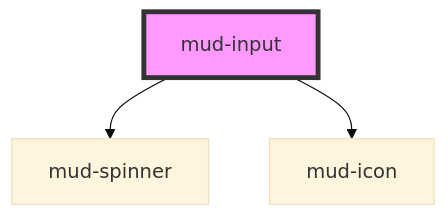
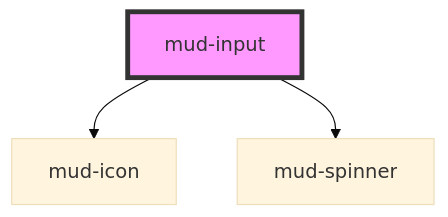
Before and after one commit to egov-moldova/design-system: the diagram in src/components/mud-input/readme.md, drawn with Mermaid (base theme). The commit also changed other lines of this file and 153 other files, not shown here.

````diff
--- a/src/components/mud-input/readme.md
+++ b/src/components/mud-input/readme.md
@@ -84,6 +87,6 @@
 ```mermaid
 graph TD;
+  mud-input --> mud-icon
   mud-input --> mud-spinner
-  mud-input --> mud-icon
   style mud-input fill:#f9f,stroke:#333,stroke-width:4px
 ```
````
